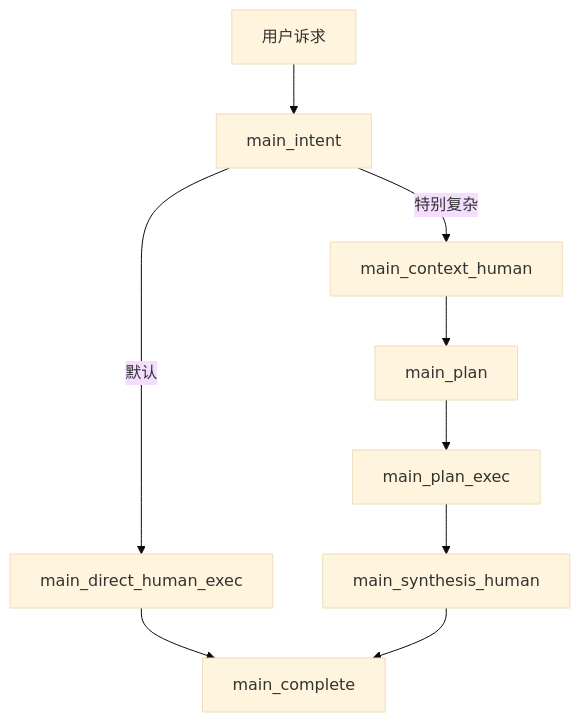
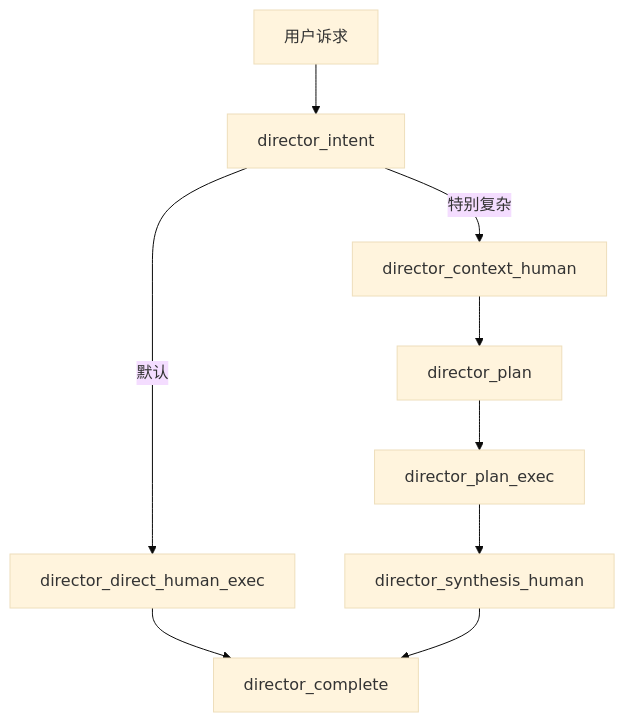
Before and after one commit to Yoan98/Ncurator: the first of 2 diagrams in doc/ai-design/architecture.md, drawn with Mermaid (base theme). The commit also changed other lines of this file and 27 other files, not shown here.

Commit message:
Rename AI orchestrator from main to director

````diff
--- a/doc/ai-design/architecture.md
+++ b/doc/ai-design/architecture.md
@@ -29,11 +29,11 @@
 ```mermaid
 flowchart TD
-    A["用户诉求"] --> B["main_intent"]
-    B -->|默认| C["main_direct_human_exec"]
-    B -->|特别复杂| D["main_context_human"]
-    D --> E["main_plan"]
-    E --> F["main_plan_exec"]
-    F --> G["main_synthesis_human"]
-    C --> H["main_complete"]
+    A["用户诉求"] --> B["director_intent"]
+    B -->|默认| C["director_direct_human_exec"]
+    B -->|特别复杂| D["director_context_human"]
+    D --> E["director_plan"]
+    E --> F["director_plan_exec"]
+    F --> G["director_synthesis_human"]
+    C --> H["director_complete"]
     G --> H
 ```
````
